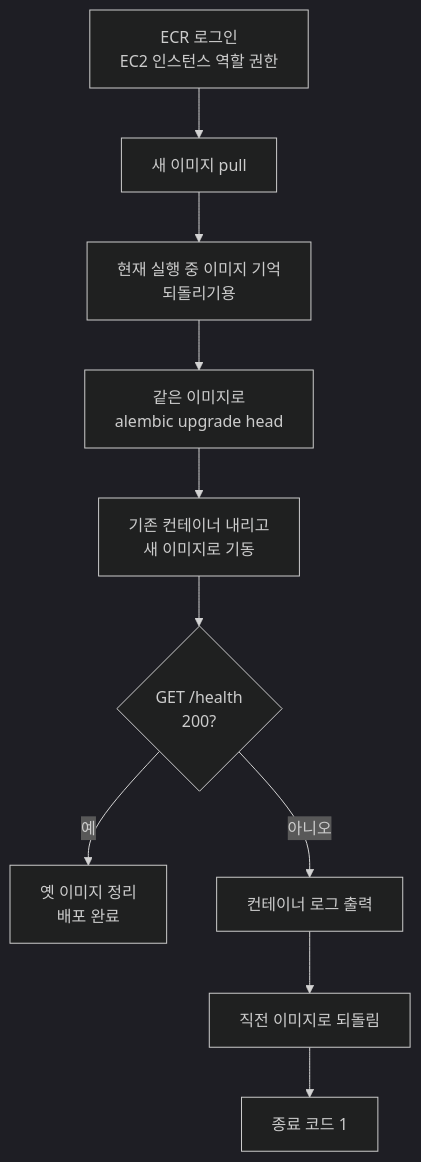
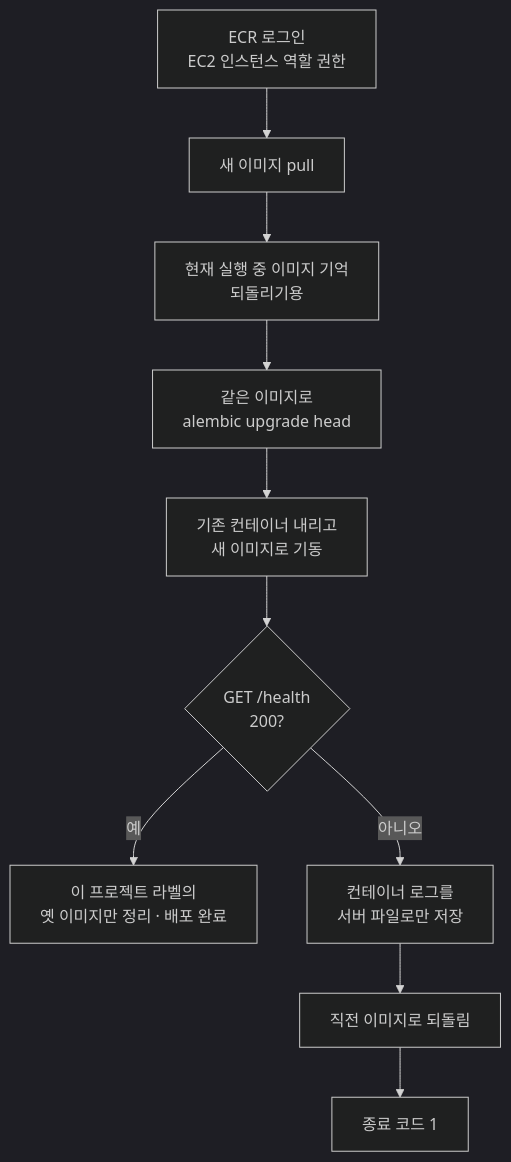
The fourth of 6 diagrams in docs/backend/ci-cd.md (K-GlowShip/glowship-server), drawn with Mermaid (dark theme) before and after one commit. The commit also changed other lines of this file, not shown here.

````diff
--- a/docs/backend/ci-cd.md
+++ b/docs/backend/ci-cd.md
@@ -162,12 +166,12 @@
 ```mermaid
 flowchart TD
     A[ECR 로그인<br/>EC2 인스턴스 역할 권한] --> B[새 이미지 pull]
     B --> C[현재 실행 중 이미지 기억<br/>되돌리기용]
     C --> D[같은 이미지로<br/>alembic upgrade head]
     D --> E[기존 컨테이너 내리고<br/>새 이미지로 기동]
     E --> F{GET /health<br/>200?}
-    F -- 예 --> G[옛 이미지 정리<br/>배포 완료]
-    F -- 아니오 --> H[컨테이너 로그 출력]
+    F -- 예 --> G[이 프로젝트 라벨의<br/>옛 이미지만 정리 · 배포 완료]
+    F -- 아니오 --> H[컨테이너 로그를<br/>서버 파일로만 저장]
     H --> I[직전 이미지로 되돌림]
     I --> J[종료 코드 1]
 ```
````
